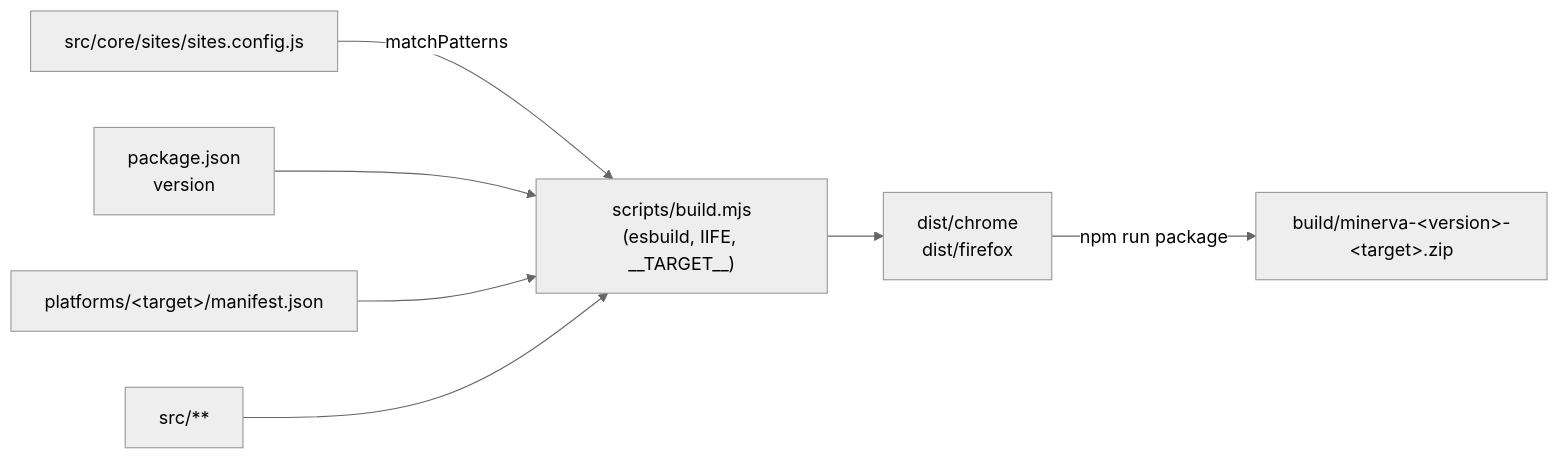
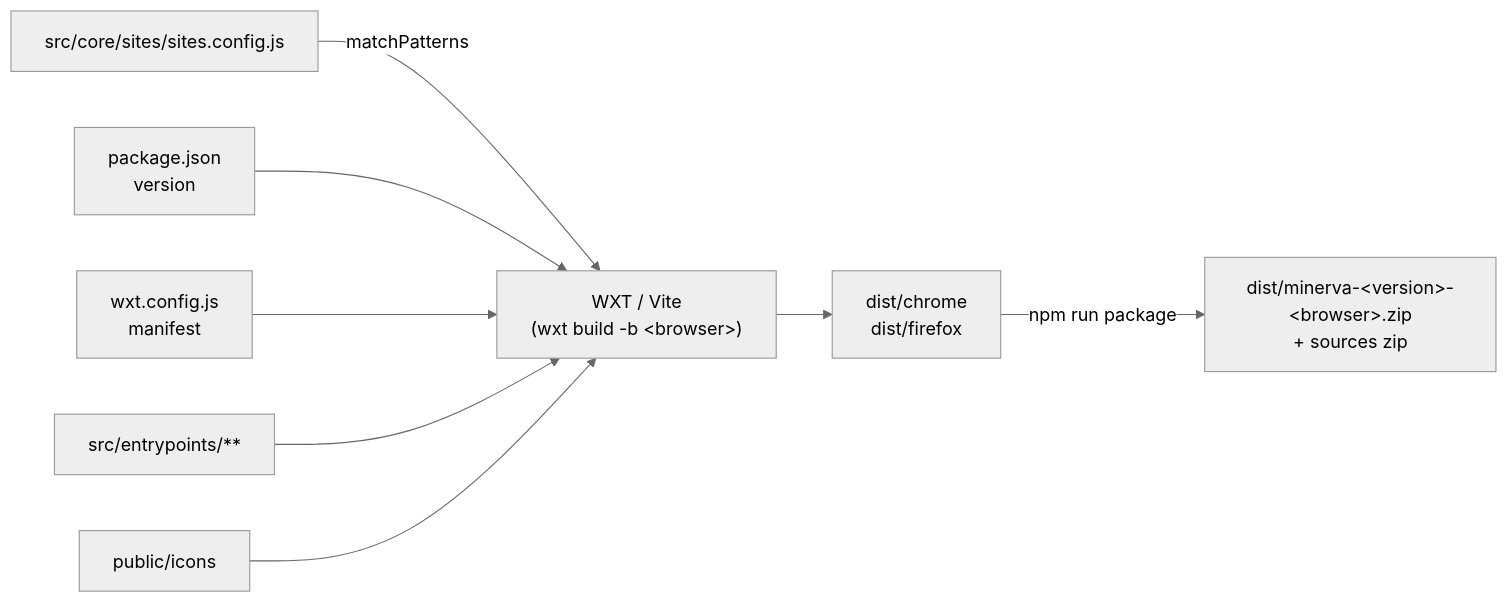
One commit to radyak/minerva-browserplugin changed the seventh of 7 diagrams in docs/architecture.md. Above: the diagram before and after it, drawn with Mermaid (neutral theme). The commit also changed other lines of this file and 37 other files, not shown here.

````diff
--- a/docs/architecture.md
+++ b/docs/architecture.md
@@ -347,9 +348,10 @@
 ```mermaid
 flowchart LR
-  sites["src/core/sites/sites.config.js"] -->|matchPatterns| build["scripts/build.mjs<br/>(esbuild, IIFE, __TARGET__)"]
+  sites["src/core/sites/sites.config.js"] -->|matchPatterns| build["WXT / Vite<br/>(wxt build -b #lt;browser#gt;)"]
   pkg["package.json<br/>version"] --> build
-  tpl["platforms/#lt;target#gt;/manifest.json"] --> build
-  src["src/**"] --> build
+  cfg["wxt.config.js<br/>manifest"] --> build
+  entry["src/entrypoints/**"] --> build
+  pub["public/icons"] --> build
   build --> dist["dist/chrome<br/>dist/firefox"]
-  dist -->|npm run package| zip["build/minerva-#lt;version#gt;-#lt;target#gt;.zip"]
+  dist -->|npm run package| zip["dist/minerva-#lt;version#gt;-#lt;browser#gt;.zip<br/>+ sources zip"]
 ```
````
